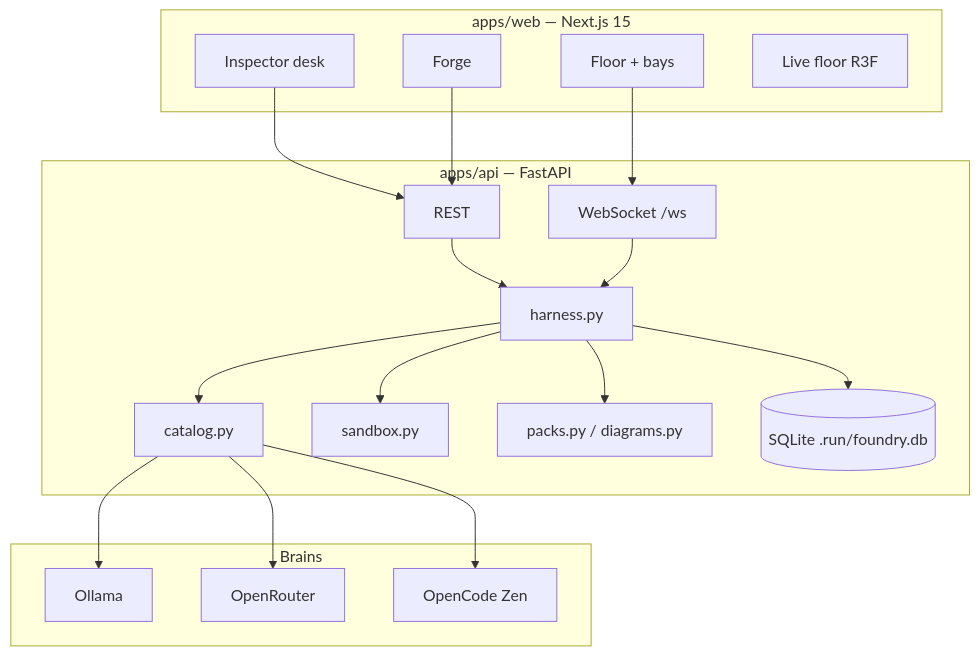
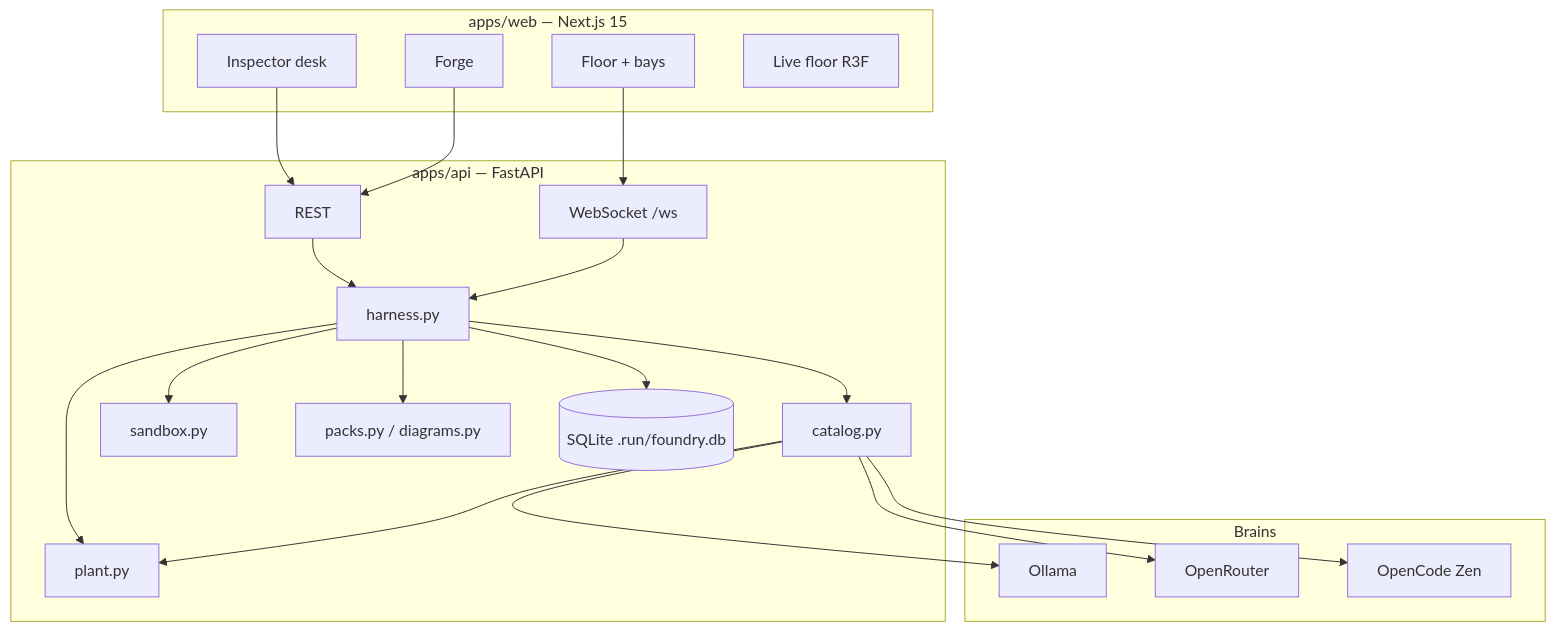
Before and after one commit to YoussiefKhalifa2003/AgentFactory: the second of 2 diagrams in README.md, drawn with Mermaid. The commit also changed other lines of this file and 21 other files, not shown here.

````diff
--- a/README.md
+++ b/README.md
@@ -187,35 +191,38 @@
 ```mermaid
 flowchart TB
   subgraph ui [apps/web — Next.js 15]
     Floor[Floor + bays]
     Desk[Inspector desk]
     Forge[Forge]
     Stage[Live floor R3F]
   end
   subgraph api [apps/api — FastAPI]
     HTTP[REST]
     WS[WebSocket /ws]
     Harness[harness.py]
     Catalog[catalog.py]
+    Plant[plant.py]
     Sandbox[sandbox.py]
     Packs[packs.py / diagrams.py]
     DB[(SQLite .run/foundry.db)]
   end
   subgraph brains [Brains]
     Ollama[Ollama]
     OR[OpenRouter]
     Zen[OpenCode Zen]
   end
   Floor --> WS
   Desk --> HTTP
   Forge --> HTTP
   HTTP --> Harness
   WS --> Harness
   Harness --> Catalog
+  Harness --> Plant
+  Catalog --> Plant
   Harness --> Sandbox
   Harness --> Packs
   Harness --> DB
   Catalog --> Ollama
   Catalog --> OR
   Catalog --> Zen
 ```
````
